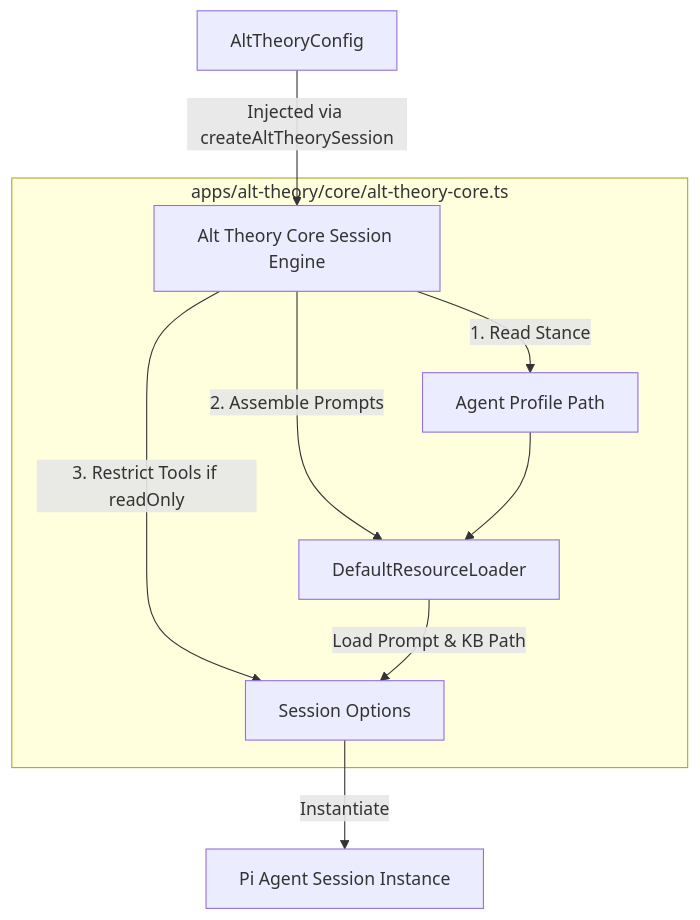
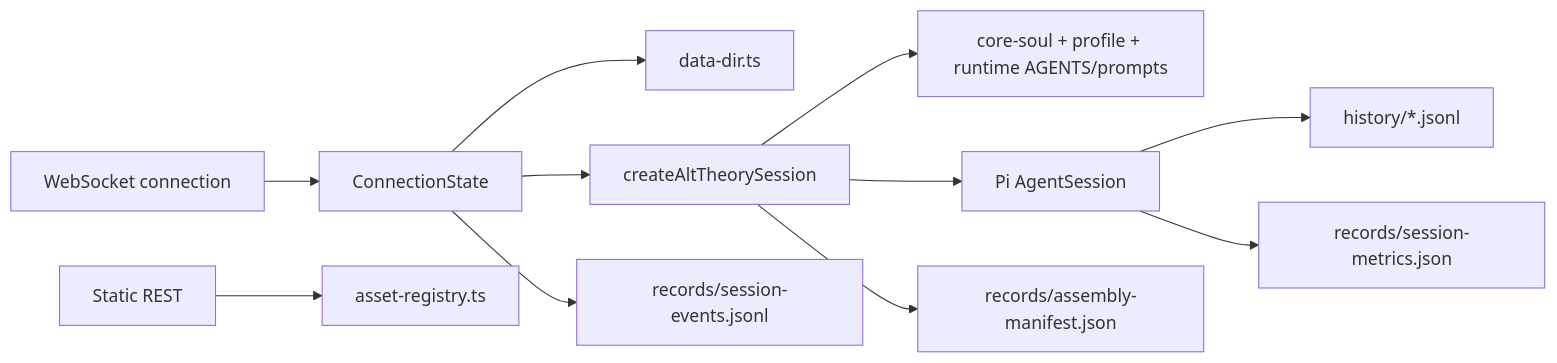
One commit to syuan-research/alt-theory changed the diagram in project/architecture/core-session-engine.md. Above: the diagram before and after it, drawn with Mermaid. The commit also changed other lines of this file and 45 other files, not shown here.

````diff
--- a/project/architecture/core-session-engine.md
+++ b/project/architecture/core-session-engine.md
@@ -37,14 +32,13 @@
 ```mermaid
-graph TD
-    Config[AltTheoryConfig] -->|Injected via createAltTheorySession| Core[Alt Theory Core Session Engine]
-    
-    subgraph Core Setup [apps/alt-theory/core/alt-theory-core.ts]
-        Core -->|1. Read Stance| Profile[Agent Profile Path]
-        Core -->|2. Assemble Prompts| Loader[DefaultResourceLoader]
-        Core -->|3. Restrict Tools if readOnly| SessionOpts[Session Options]
-    end
-    
-    Profile --> Loader
-    Loader -->|Load Prompt & KB Path| SessionOpts
-    SessionOpts -->|Instantiate| Pi[Pi Agent Session Instance]
+flowchart LR
+  WS[WebSocket connection] --> State[ConnectionState]
+  State --> Dirs[data-dir.ts]
+  State --> Core[createAltTheorySession]
+  Core --> Assets[core-soul + profile + runtime AGENTS/prompts]
+  Core --> Pi[Pi AgentSession]
+  Pi --> JSONL[history/*.jsonl]
+  Core --> Manifest[records/assembly-manifest.json]
+  Pi --> Metrics[records/session-metrics.json]
+  State --> Events[records/session-events.jsonl]
+  REST[Static REST] --> Registry[asset-registry.ts]
 ```
````
